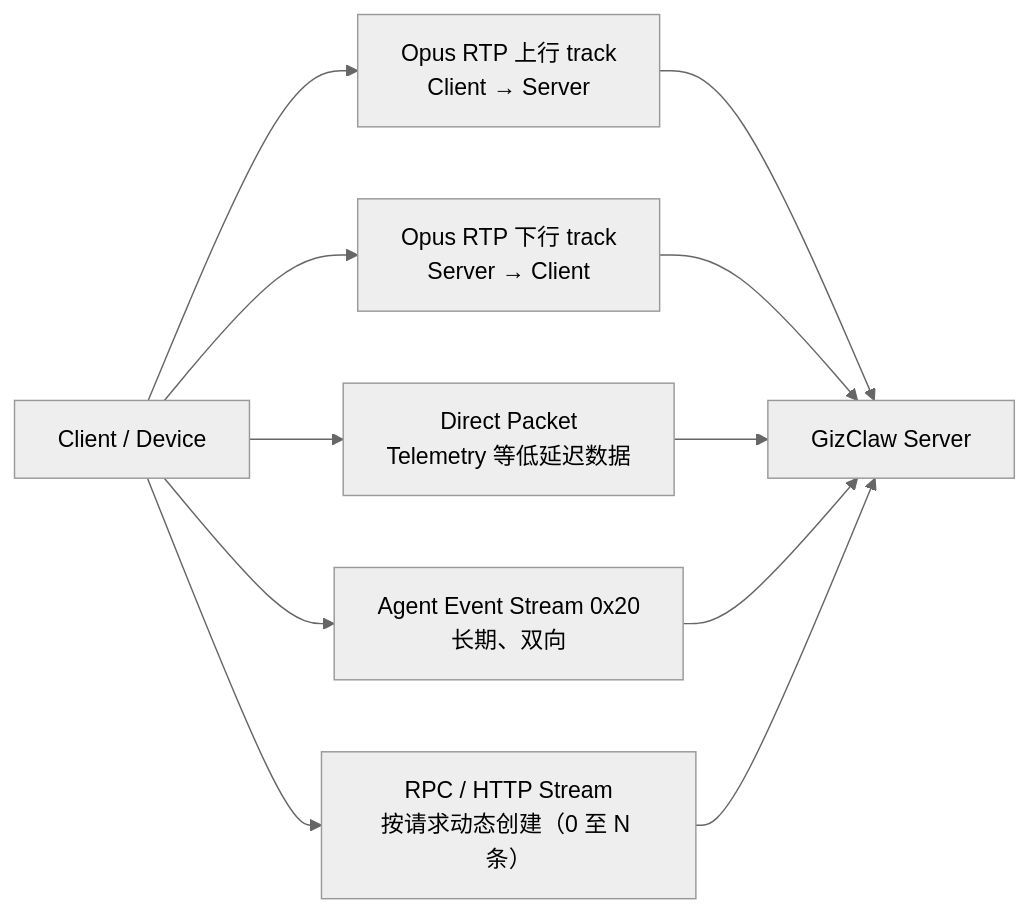
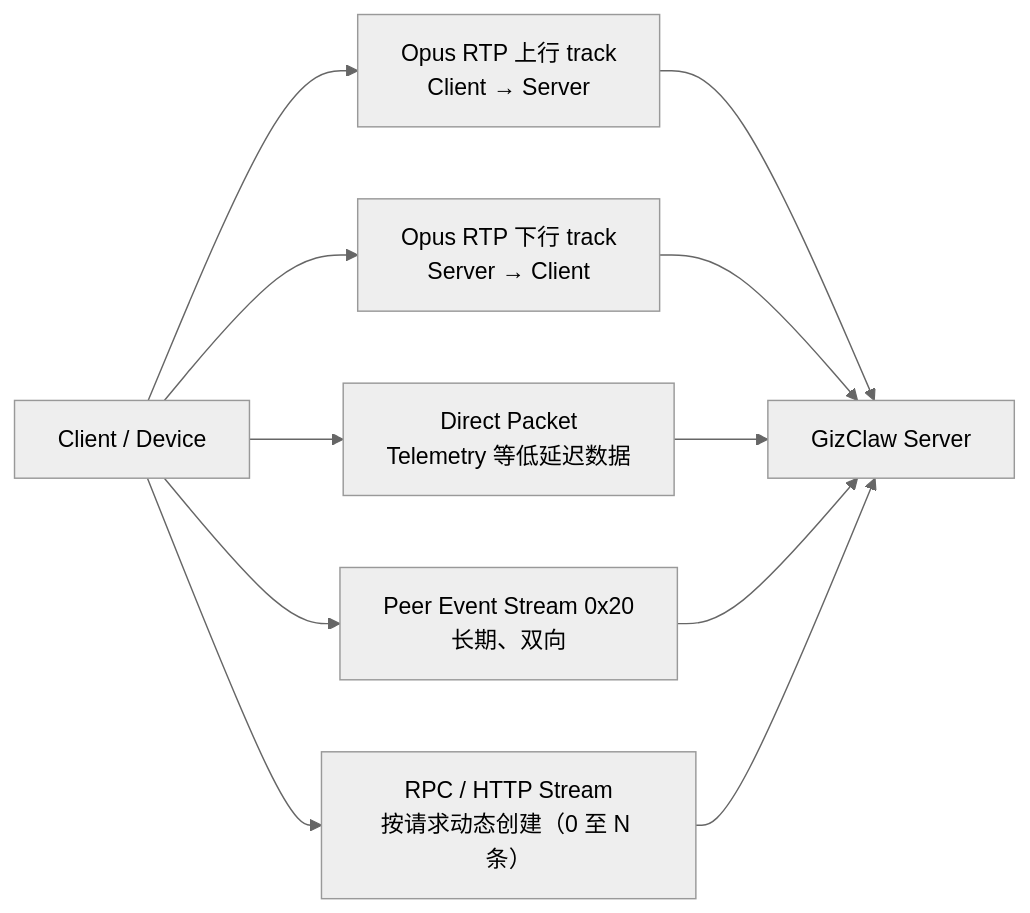
Before and after one commit to GizClaw/gizclaw: the diagram in guides/references/streams.md, drawn with Mermaid (neutral theme). The commit also changed other lines of this file and 115 other files, not shown here.

````diff
--- a/guides/references/streams.md
+++ b/guides/references/streams.md
@@ -5,8 +5,8 @@
 ```mermaid
 flowchart LR
     Client["Client / Device"] --> MediaUp["Opus RTP 上行 track<br/>Client → Server"] --> Server["GizClaw Server"]
     Client --> MediaDown["Opus RTP 下行 track<br/>Server → Client"] --> Server
     Client --> Packet["Direct Packet<br/>Telemetry 等低延迟数据"] --> Server
-    Client --> Events["Agent Event Stream 0x20<br/>长期、双向"] --> Server
+    Client --> Events["Peer Event Stream 0x20<br/>长期、双向"] --> Server
     Client --> Services["RPC / HTTP Stream<br/>按请求动态创建（0 至 N 条）"] --> Server
 ```
````
